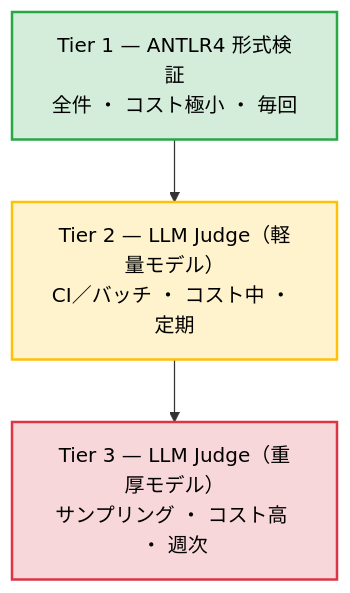
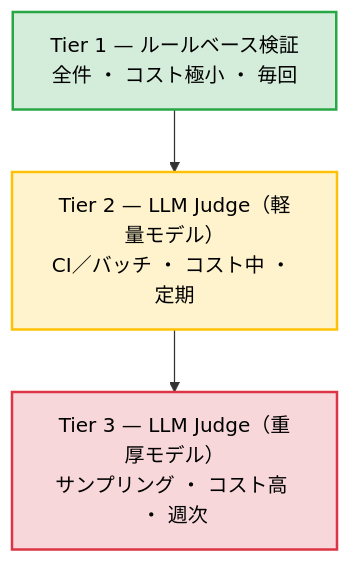
The diagram in 2026-03-19/diagrams/dev-eval.mmd (rkawajiri/tech-slides), drawn with Mermaid before and after one commit. The commit also changed 1 other file, not shown here.

Commit message:
Broaden Tier 1 from ANTLR4-only to rule-based evaluation
Tier 1 is any deterministic, rule-based check — not just ANTLR4.
Added length constraints and language detection as examples.
ANTLR4 is now presented as one powerful tool within the category.

https://claude.ai/code/session_014A9QAcLqxC1zbj5yqBpngb

```diff
--- a/2026-03-19/diagrams/dev-eval.mmd
+++ b/2026-03-19/diagrams/dev-eval.mmd
@@ -1,10 +1,10 @@
 graph TD
-  T1["Tier 1 — ANTLR4 形式検証\n全件 ・ コスト極小 ・ 毎回"]
+  T1["Tier 1 — ルールベース検証\n全件 ・ コスト極小 ・ 毎回"]
   T2["Tier 2 — LLM Judge（軽量モデル）\nCI／バッチ ・ コスト中 ・ 定期"]
   T3["Tier 3 — LLM Judge（重厚モデル）\nサンプリング ・ コスト高 ・ 週次"]
 
   T1 --> T2 --> T3
 
   style T1 fill:#d4edda,stroke:#28a745,stroke-width:2px,color:#000
   style T2 fill:#fff3cd,stroke:#ffc107,stroke-width:2px,color:#000
   style T3 fill:#f8d7da,stroke:#dc3545,stroke-width:2px,color:#000
```
